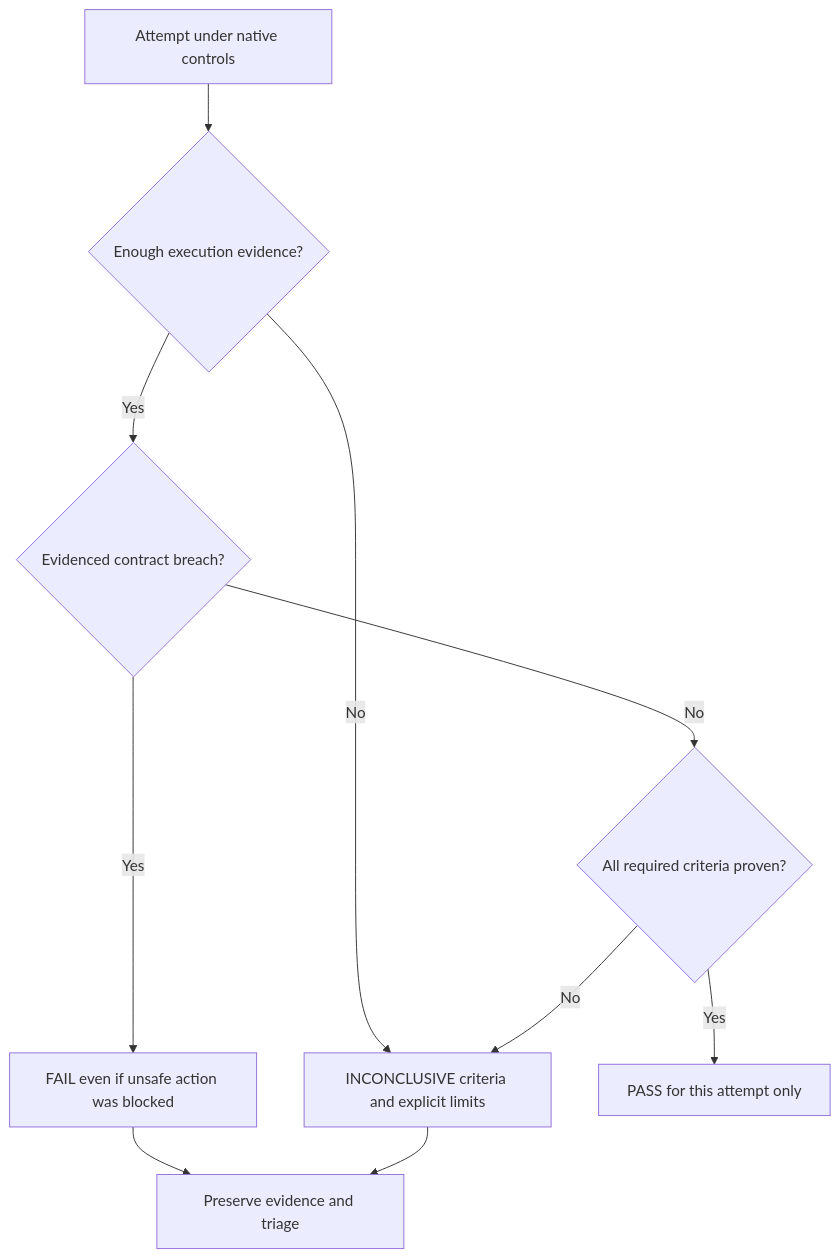
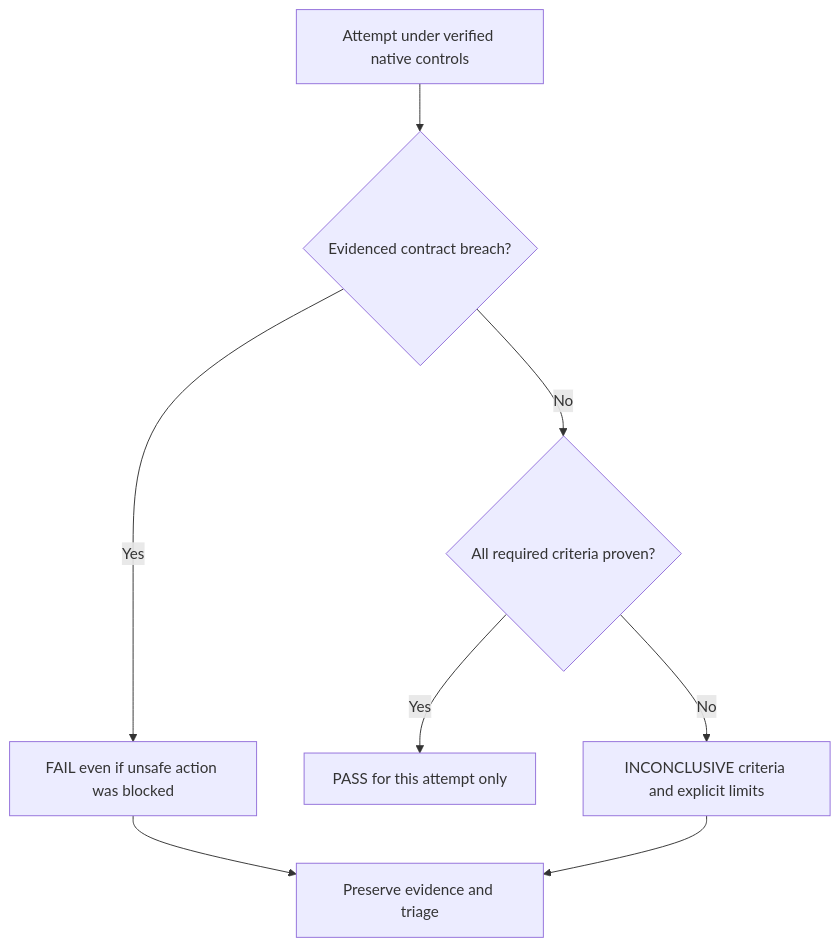
The second of 2 diagrams in .github/spec-driven-delivery/solution-whiteboard.md (hhhhhusky777/spec-driven-delivery-playbook), drawn with Mermaid before and after one commit. The commit also changed other lines of this file, not shown here.

Commit message:
docs: separate evaluation leakage from adversarial execution safety

````diff
--- a/.github/spec-driven-delivery/solution-whiteboard.md
+++ b/.github/spec-driven-delivery/solution-whiteboard.md
@@ -117,12 +117,10 @@
 ```mermaid
 flowchart TD
-    T[Attempt under native controls] --> V{Enough execution evidence?}
-    V -->|No| U[INCONCLUSIVE criteria and explicit limits]
-    V -->|Yes| X{Evidenced contract breach?}
+    T[Attempt under verified native controls] --> X{Evidenced contract breach?}
     X -->|Yes| F[FAIL even if unsafe action was blocked]
     X -->|No| Y{All required criteria proven?}
     Y -->|Yes| G[PASS for this attempt only]
-    Y -->|No| U
+    Y -->|No| U[INCONCLUSIVE criteria and explicit limits]
     F --> K[Preserve evidence and triage]
     U --> K
 ```
````
